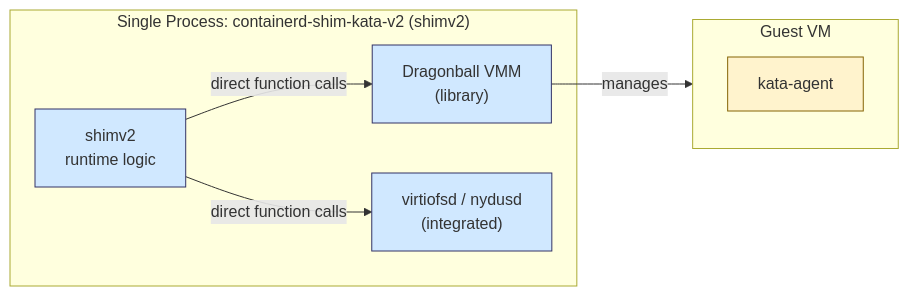
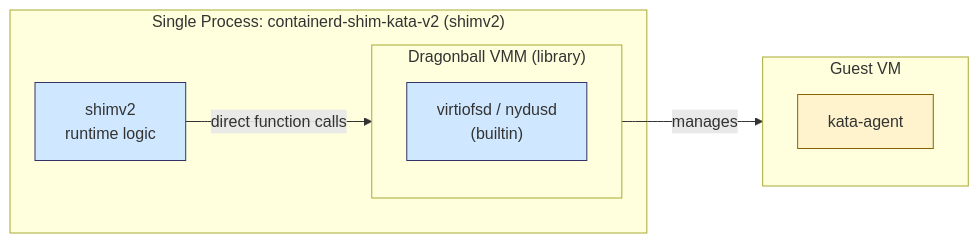
One commit to Apokleos/kata-containers changed the third of 6 diagrams in docs/design/architecture_4.0/README.md. Above: the diagram before and after it, drawn with Mermaid. The commit also changed other lines of this file, not shown here.

Commit message:
docs: fix Builtin VMM diagrams to show virtiofsd/nydusd nested inside Dragonball
Agent-Logs-Url: https://github.com/Apokleos/kata-containers/sessions/57a8c164-8e63-4a3b-8d51-2f52fa69bf1e

````diff
--- a/docs/design/architecture_4.0/README.md
+++ b/docs/design/architecture_4.0/README.md
@@ -126,22 +127,22 @@
 ```mermaid
 graph LR
     subgraph SingleProcess["Single Process: containerd-shim-kata-v2 (shimv2)"]
         shimv2["shimv2\nruntime logic"]
-        dragonball["Dragonball VMM\n(library)"]
-        helpers["virtiofsd / nydusd\n(integrated)"]
+        subgraph dragonball["Dragonball VMM (library)"]
+            helpers["virtiofsd / nydusd\n(builtin)"]
+        end
         shimv2 -->|"direct function calls"| dragonball
-        shimv2 -->|"direct function calls"| helpers
     end
 
     subgraph GuestVM["Guest VM"]
         agent["kata-agent"]
     end
 
     dragonball -->|"manages"| GuestVM
 
     classDef proc fill:#d0e8ff,stroke:#336,stroke-width:1px
     classDef vm fill:#d4edda,stroke:#155724,stroke-width:1px
     classDef ag fill:#fff3cd,stroke:#856404,stroke-width:1px
-    class shimv2,dragonball,helpers proc
+    class shimv2,helpers proc
     class agent ag
 ```
````
